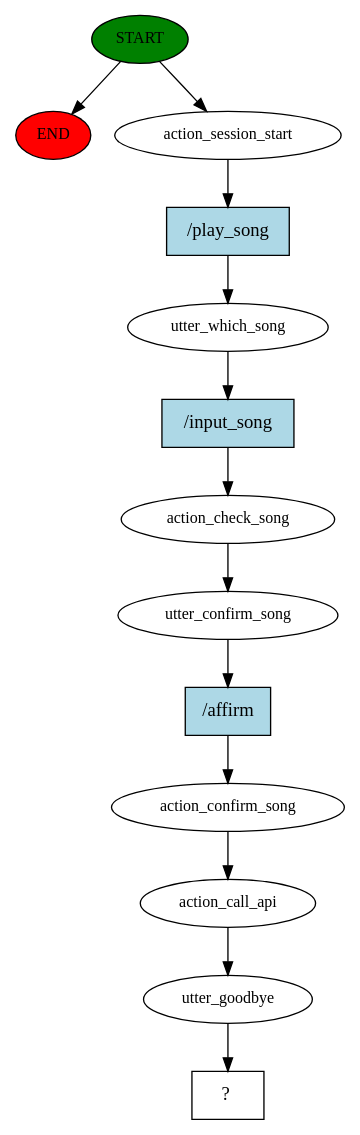
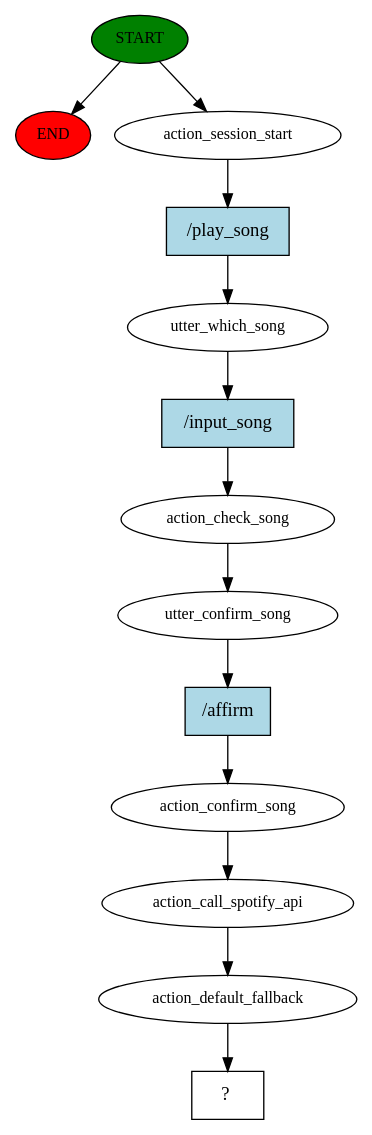
Before and after one commit to AdityaParanjape/Rasa_SmartAssistant: the diagram in story_graph.dot, drawn with Graphviz.

```diff
--- a/story_graph.dot
+++ b/story_graph.dot
@@ -1,27 +1,27 @@
 digraph  {
 0 [class="start active", fillcolor=green, fontsize=12, label=START, style=filled];
 "-1" [class=end, fillcolor=red, fontsize=12, label=END, style=filled];
 1 [class=active, fontsize=12, label=action_session_start];
 2 [class=active, fontsize=12, label=utter_which_song];
 3 [class=active, fontsize=12, label=action_check_song];
 4 [class=active, fontsize=12, label=utter_confirm_song];
 5 [class=active, fontsize=12, label=action_confirm_song];
-6 [class=active, fontsize=12, label=action_call_api];
-7 [class=active, fontsize=12, label=utter_goodbye];
+6 [class=active, fontsize=12, label=action_call_spotify_api];
+7 [class=active, fontsize=12, label=action_default_fallback];
 8 [class="intent dashed active", label="  ?  ", shape=rect];
 9 [class="intent active", fillcolor=lightblue, label="/play_song", shape=rect, style=filled];
 10 [class="intent active", fillcolor=lightblue, label="/input_song", shape=rect, style=filled];
 11 [class="intent active", fillcolor=lightblue, label="/affirm", shape=rect, style=filled];
 0 -> "-1"  [class="", key=NONE, label=""];
 0 -> 1  [class=active, key=NONE, label=""];
 1 -> 9  [class=active, key=0];
 2 -> 10  [class=active, key=0];
 3 -> 4  [class=active, key=NONE, label=""];
 4 -> 11  [class=active, key=0];
 5 -> 6  [class=active, key=NONE, label=""];
 6 -> 7  [class=active, key=NONE, label=""];
 7 -> 8  [class=active, key=NONE, label=""];
 9 -> 2  [class=active, key=0];
 10 -> 3  [class=active, key=0];
 11 -> 5  [class=active, key=0];
 }
```
